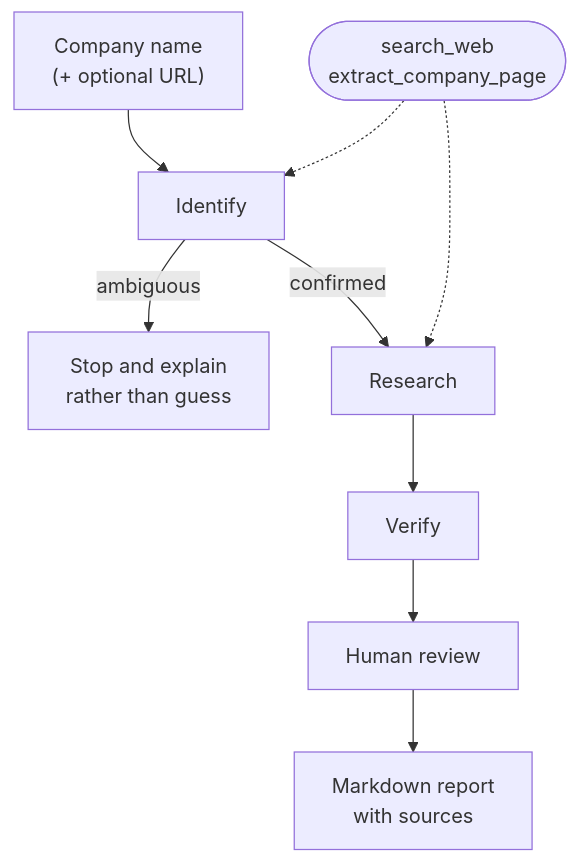
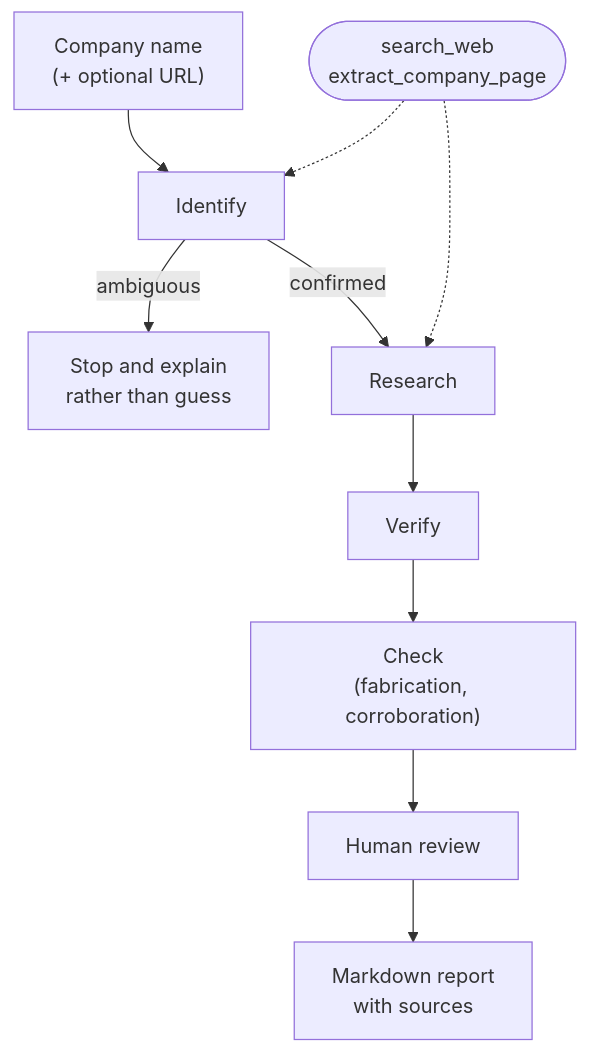
Before and after one commit to sravya520/competitor-research-agent: the diagram in README.md, drawn with Mermaid. The commit also changed other lines of this file, not shown here.

First line of the commit message:
Fix stale README: missing app.py, diagram/table mismatch, placeholder clone URL

````diff
--- a/README.md
+++ b/README.md
@@ -25,12 +25,13 @@
 ```mermaid
 flowchart TD
     A["Company name<br/>(+ optional URL)"] --> B[Identify]
     B -->|ambiguous| STOP["Stop and explain<br/>rather than guess"]
     B -->|confirmed| C[Research]
     C --> D[Verify]
-    D --> E[Human review]
+    D --> K["Check<br/>(fabrication, corroboration)"]
+    K --> E[Human review]
     E --> F["Markdown report<br/>with sources"]
 
     T(["search_web<br/>extract_company_page"]) -.-> B
     T -.-> C
 ```
````
